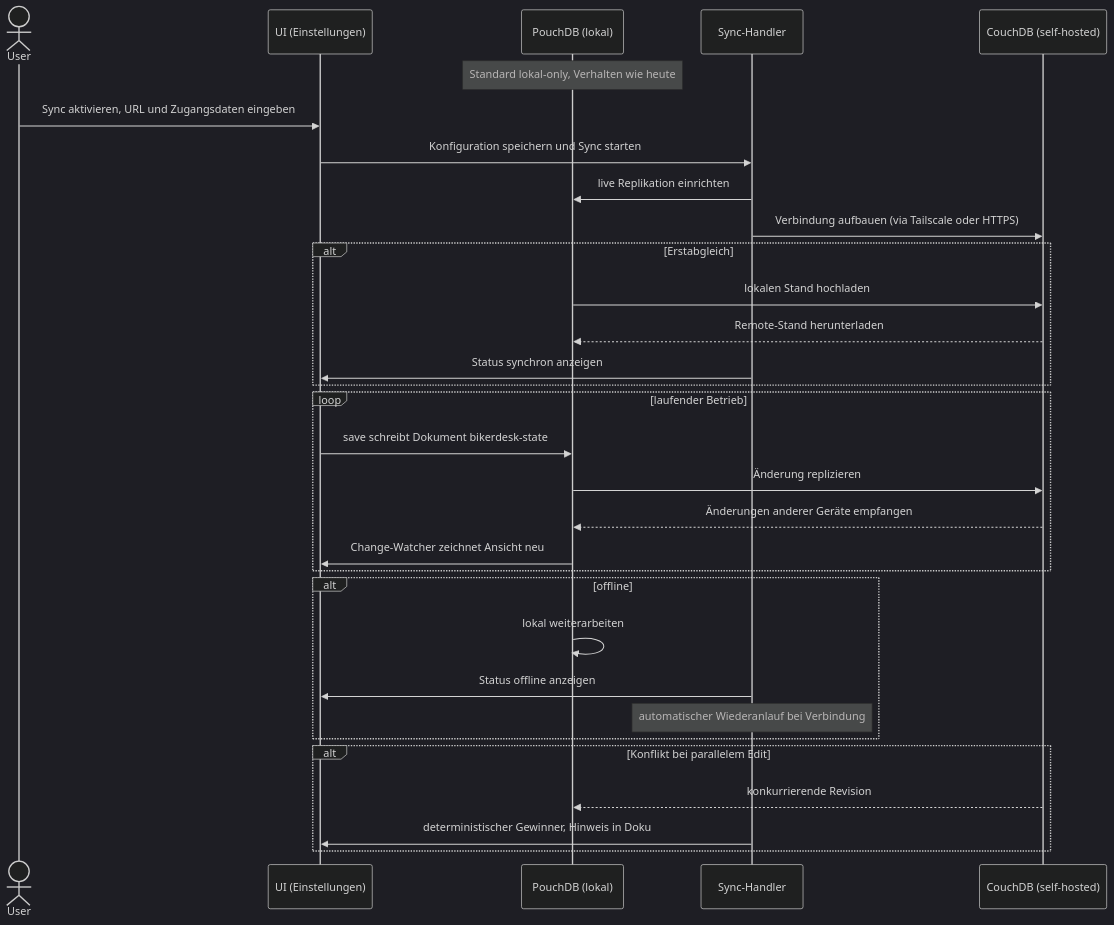
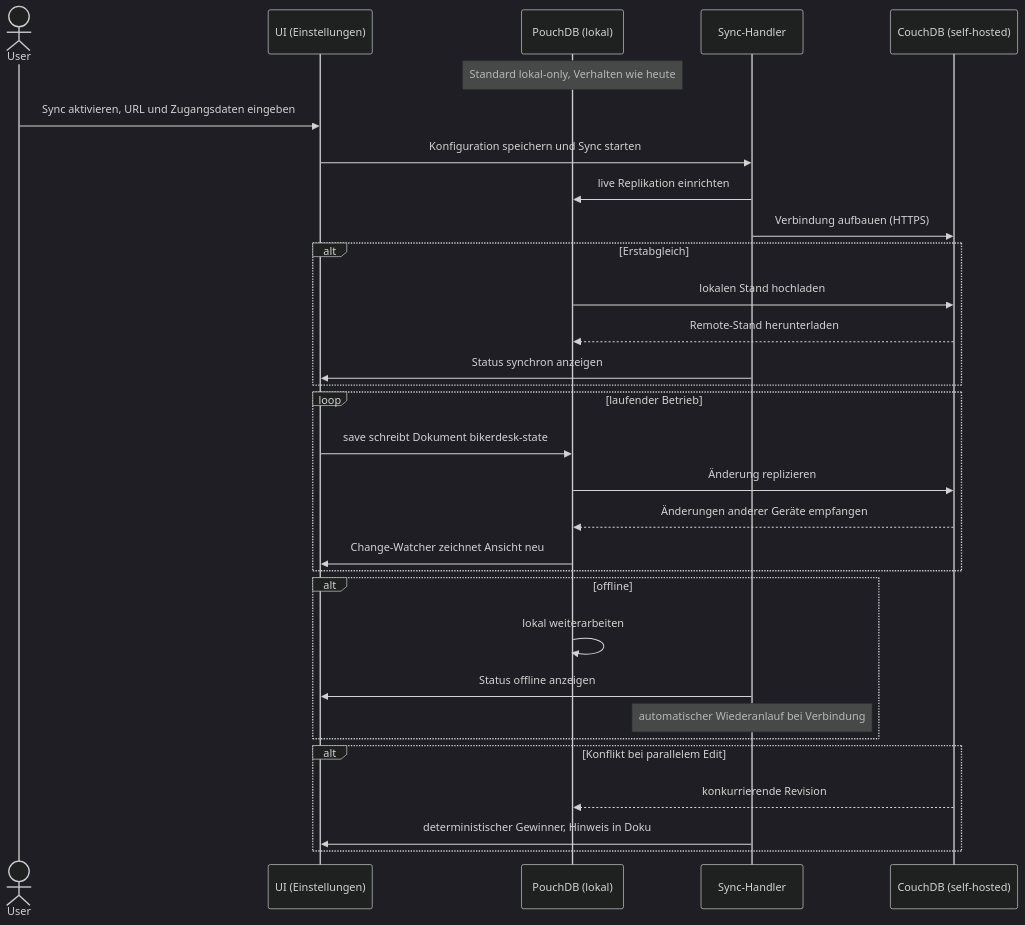
Before and after one commit to Ricci73/motorrad-serviceheft: the eighth of 9 diagrams in docs/DESIGN.md, drawn with Mermaid (dark theme). The commit also changed other lines of this file and 3 other files, not shown here.

````diff
--- a/docs/DESIGN.md
+++ b/docs/DESIGN.md
@@ -576,38 +576,38 @@
 ```mermaid
 sequenceDiagram
     actor User
     participant UI as UI (Einstellungen)
     participant Pouch as PouchDB (lokal)
     participant Sync as Sync-Handler
     participant Couch as CouchDB (self-hosted)
 
     Note over Pouch: Standard lokal-only, Verhalten wie heute
 
     User->>UI: Sync aktivieren, URL und Zugangsdaten eingeben
     UI->>Sync: Konfiguration speichern und Sync starten
     Sync->>Pouch: live Replikation einrichten
-    Sync->>Couch: Verbindung aufbauen (via Tailscale oder HTTPS)
+    Sync->>Couch: Verbindung aufbauen (HTTPS)
     alt Erstabgleich
         Pouch->>Couch: lokalen Stand hochladen
         Couch-->>Pouch: Remote-Stand herunterladen
         Sync->>UI: Status synchron anzeigen
     end
 
     loop laufender Betrieb
         UI->>Pouch: save schreibt Dokument bikerdesk-state
         Pouch->>Couch: Änderung replizieren
         Couch-->>Pouch: Änderungen anderer Geräte empfangen
         Pouch->>UI: Change-Watcher zeichnet Ansicht neu
     end
 
     alt offline
         Pouch->>Pouch: lokal weiterarbeiten
         Sync->>UI: Status offline anzeigen
         Note over Sync: automatischer Wiederanlauf bei Verbindung
     end
 
     alt Konflikt bei parallelem Edit
         Couch-->>Pouch: konkurrierende Revision
         Sync->>UI: deterministischer Gewinner, Hinweis in Doku
     end
 ```
````
